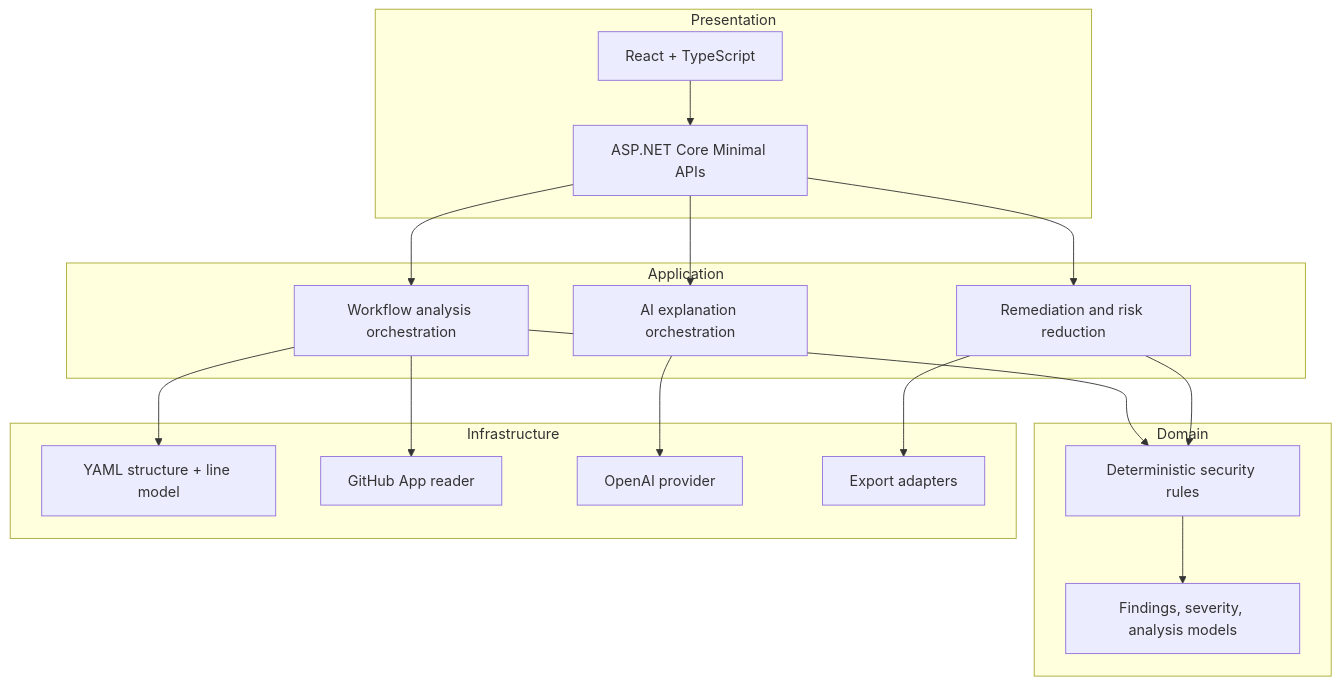
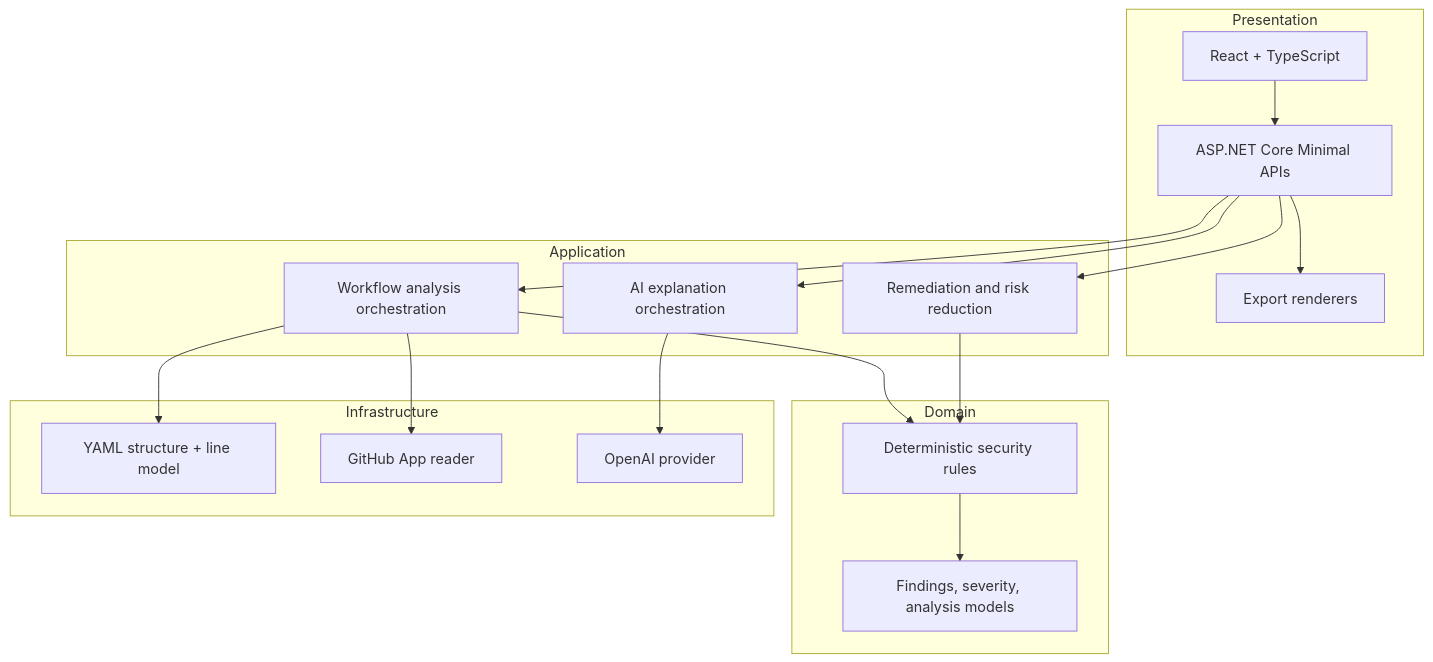
The first of 2 diagrams in docs/architecture/README.md (bgard68/DevSecOpsSentinel), drawn with Mermaid before and after one commit. The commit also changed 37 other files, not shown here.

````diff
--- a/docs/architecture/README.md
+++ b/docs/architecture/README.md
@@ -13,33 +13,33 @@
 ```mermaid
 flowchart TB
     subgraph Presentation
       WEB[React + TypeScript]
       API[ASP.NET Core Minimal APIs]
+      EXPORTS[Export renderers]
     end
     subgraph Application
       ANALYZE[Workflow analysis orchestration]
       EXPLAIN[AI explanation orchestration]
       REMEDIATE[Remediation and risk reduction]
     end
     subgraph Domain
       RULES[Deterministic security rules]
       MODELS[Findings, severity, analysis models]
     end
     subgraph Infrastructure
       PARSER[YAML structure + line model]
       GITHUB[GitHub App reader]
       OPENAI[OpenAI provider]
-      EXPORTS[Export adapters]
     end
     WEB --> API
     API --> ANALYZE
     API --> EXPLAIN
     API --> REMEDIATE
     ANALYZE --> PARSER
     ANALYZE --> RULES
     REMEDIATE --> RULES
     EXPLAIN --> OPENAI
     ANALYZE --> GITHUB
-    REMEDIATE --> EXPORTS
+    API --> EXPORTS
     RULES --> MODELS
 ```
````
